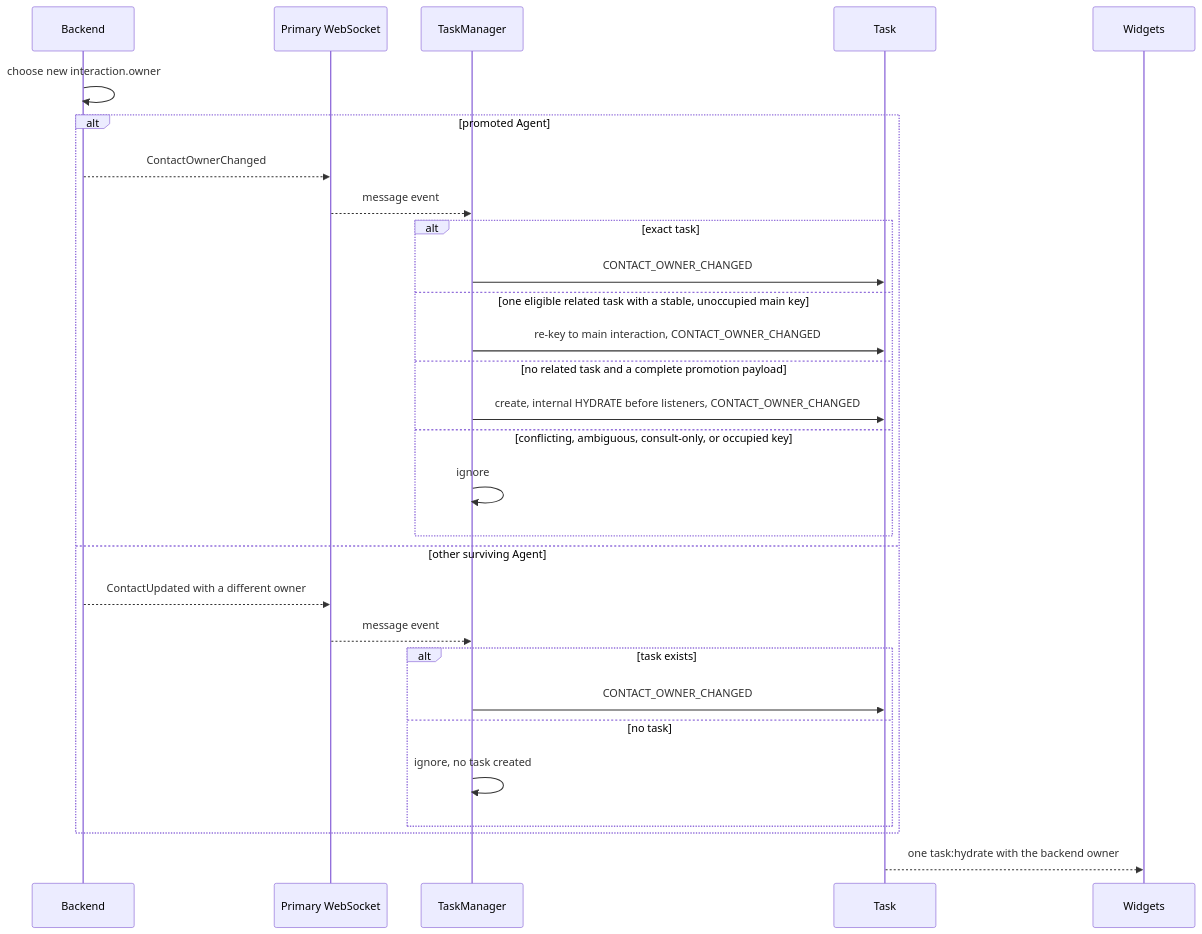
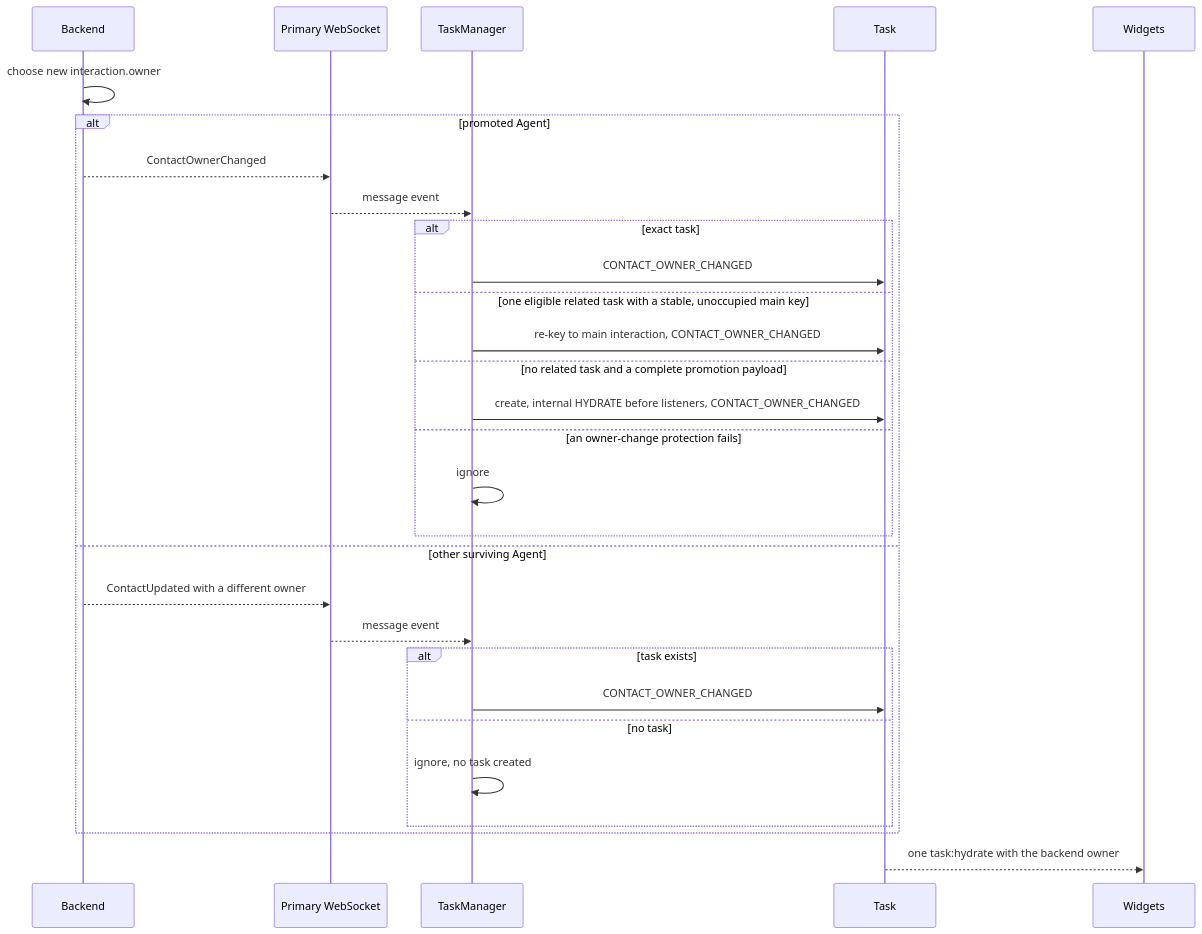
Before and after one commit to webex/webex-js-sdk: diagram 11 of 14 in packages/@webex/contact-center/src/services/task/docs/README.md, drawn with Mermaid. The commit also changed other lines of this file and 1 other file, not shown here.

````diff
--- a/packages/@webex/contact-center/src/services/task/docs/README.md
+++ b/packages/@webex/contact-center/src/services/task/docs/README.md
@@ -1108,31 +1100,31 @@
 ```mermaid
 sequenceDiagram
   participant Backend
   participant WS as Primary WebSocket
   participant TM as TaskManager
   participant Task
   participant App as Widgets
   Backend->>Backend: choose new interaction.owner
   alt promoted Agent
     Backend-->>WS: ContactOwnerChanged
     WS-->>TM: message event
     alt exact task
       TM->>Task: CONTACT_OWNER_CHANGED
     else one eligible related task with a stable, unoccupied main key
       TM->>Task: re-key to main interaction, CONTACT_OWNER_CHANGED
     else no related task and a complete promotion payload
       TM->>Task: create, internal HYDRATE before listeners, CONTACT_OWNER_CHANGED
-    else conflicting, ambiguous, consult-only, or occupied key
+    else an owner-change protection fails
       TM->>TM: ignore
     end
   else other surviving Agent
     Backend-->>WS: ContactUpdated with a different owner
     WS-->>TM: message event
     alt task exists
       TM->>Task: CONTACT_OWNER_CHANGED
     else no task
       TM->>TM: ignore, no task created
     end
   end
   Task-->>App: one task:hydrate with the backend owner
 ```
````
